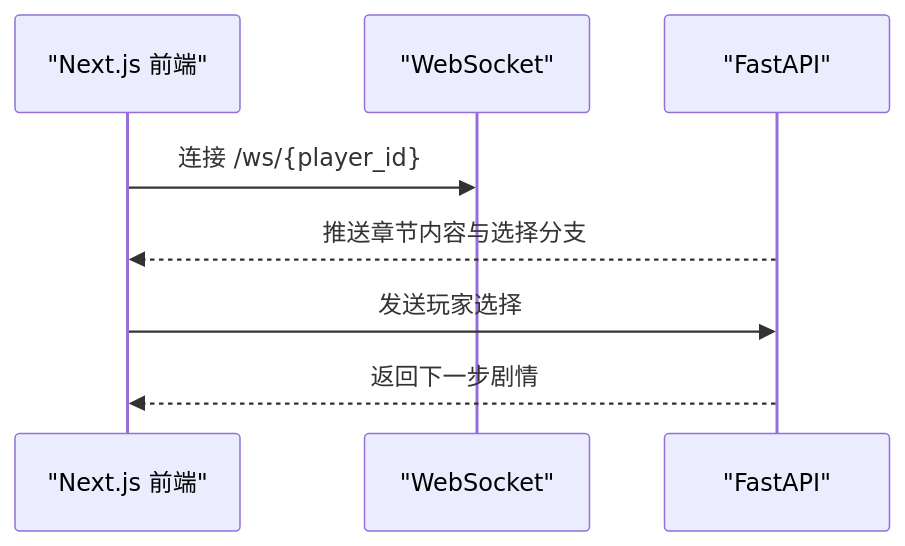
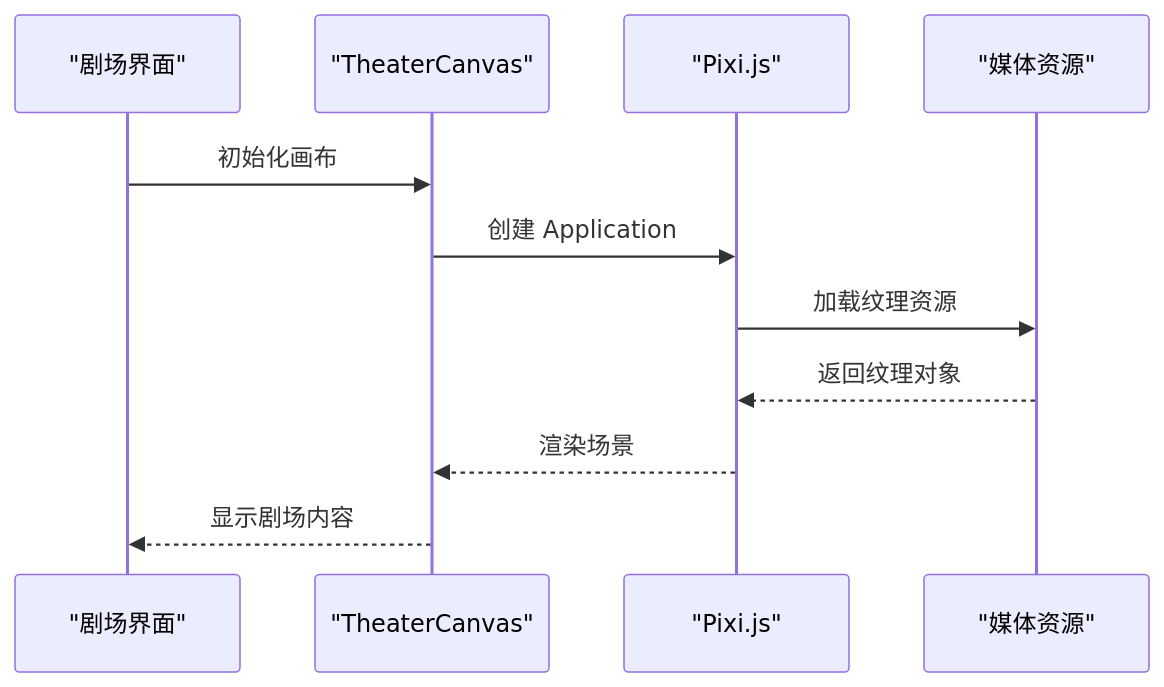
One commit to KunLabAI/KunFlix changed the sixth of 7 diagrams in .qoder/repowiki/zh/content/项目概述/项目概述.md. Above: the diagram before and after it, drawn with Mermaid. The commit also changed other lines of this file and 88 other files, not shown here.

````diff
--- a/.qoder/repowiki/zh/content/项目概述/项目概述.md
+++ b/.qoder/repowiki/zh/content/项目概述/项目概述.md
@@ -360,10 +273,13 @@
 ```mermaid
 sequenceDiagram
-participant UI as "Next.js 前端"
-participant WS as "WebSocket"
-participant API as "FastAPI"
-UI->>WS : 连接 /ws/{player_id}
-API-->>UI : 推送章节内容与选择分支
-UI->>API : 发送玩家选择
-API-->>UI : 返回下一步剧情
+participant UI as "剧场界面"
+participant Canvas as "TheaterCanvas"
+participant PIXI as "Pixi.js"
+participant Media as "媒体资源"
+UI->>Canvas : 初始化画布
+Canvas->>PIXI : 创建 Application
+PIXI->>Media : 加载纹理资源
+Media-->>PIXI : 返回纹理对象
+PIXI-->>Canvas : 渲染场景
+Canvas-->>UI : 显示剧场内容
 ```
````
